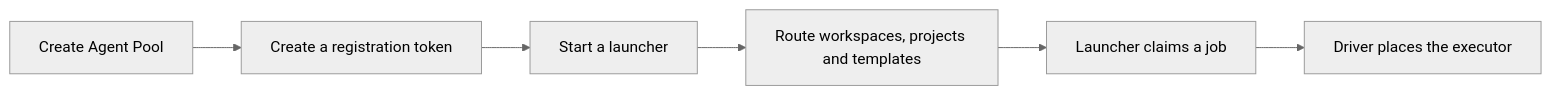
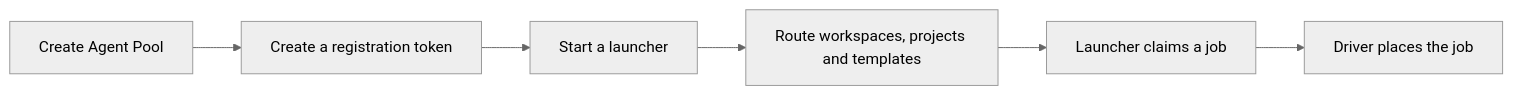
The diagram in docs/user-guides/self-hosted-runners.md (vhco-pro/stackweaver-frontend), drawn with Mermaid (neutral theme) before and after one commit. The commit also changed other lines of this file and 100 other files, not shown here.

````diff
--- a/docs/user-guides/self-hosted-runners.md
+++ b/docs/user-guides/self-hosted-runners.md
@@ -58,8 +58,8 @@
 ```mermaid
 flowchart LR
     A["Create Agent Pool"] --> B["Create a registration token"]
     B --> C["Start a launcher"]
     C --> D["Route workspaces, projects and templates"]
     D --> E["Launcher claims a job"]
-    E --> F["Driver places the executor"]
+    E --> F["Driver places the job"]
 ```
````
